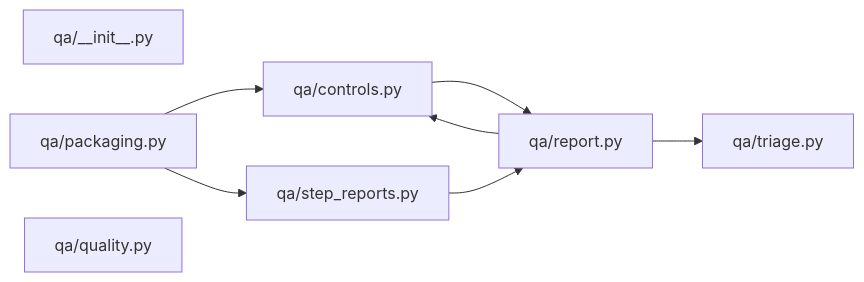
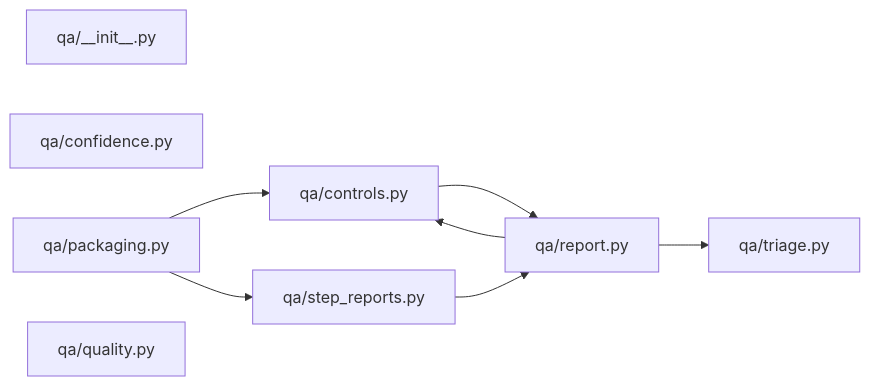
One commit to sarveshtalele/maf-harness-testing changed diagram 14 of 21 in docs/ARCHITECTURE_MAP.md. Above: the diagram before and after it, drawn with Mermaid. The commit also changed other lines of this file and 6 other files, not shown here.

````diff
--- a/docs/ARCHITECTURE_MAP.md
+++ b/docs/ARCHITECTURE_MAP.md
@@ -389,16 +389,17 @@
 ```mermaid
 flowchart LR
   f0["qa/__init__.py"]
-  f1["qa/controls.py"]
-  f2["qa/packaging.py"]
-  f3["qa/quality.py"]
-  f4["qa/report.py"]
-  f5["qa/step_reports.py"]
-  f6["qa/triage.py"]
-  f1 --> f4
-  f2 --> f1
+  f1["qa/confidence.py"]
+  f2["qa/controls.py"]
+  f3["qa/packaging.py"]
+  f4["qa/quality.py"]
+  f5["qa/report.py"]
+  f6["qa/step_reports.py"]
+  f7["qa/triage.py"]
   f2 --> f5
-  f4 --> f1
-  f4 --> f6
-  f5 --> f4
+  f3 --> f2
+  f3 --> f6
+  f5 --> f2
+  f5 --> f7
+  f6 --> f5
 ```
````
